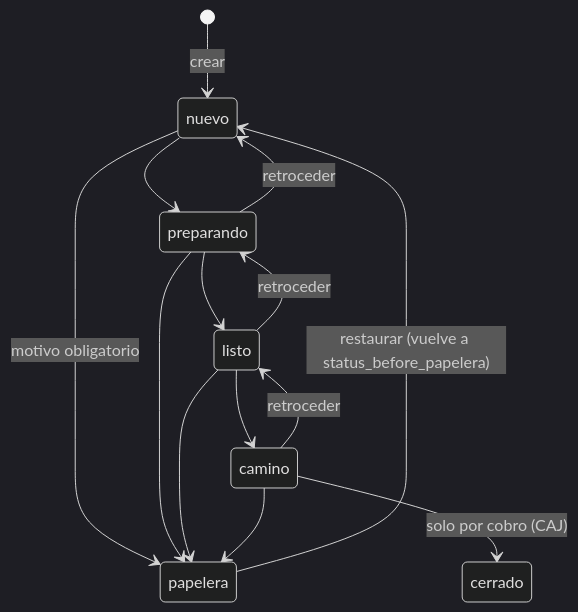
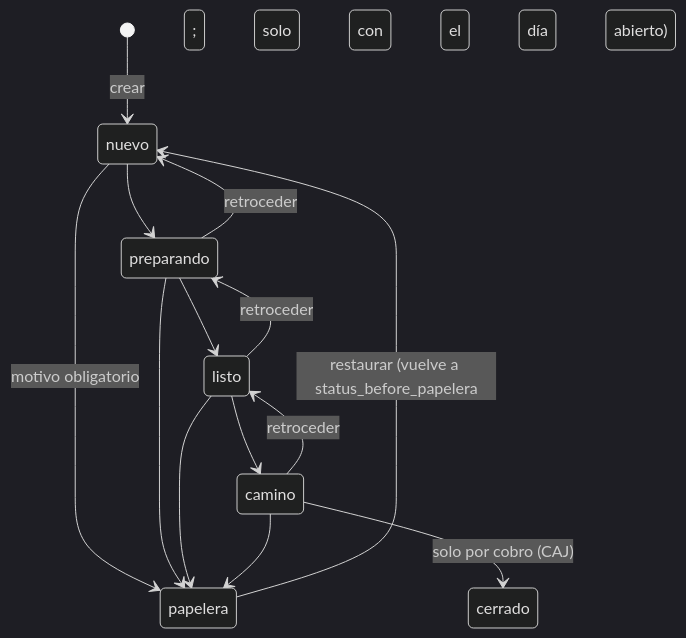
One commit to 4Client-org/4client changed the diagram in specs/modulos/ORD.md. Above: the diagram before and after it, drawn with Mermaid (dark theme). The commit also changed other lines of this file and 4 other files, not shown here.

````diff
--- a/specs/modulos/ORD.md
+++ b/specs/modulos/ORD.md
@@ -30,16 +30,16 @@
 ```mermaid
 stateDiagram-v2
     [*] --> nuevo: crear
     nuevo --> preparando
     preparando --> listo
     listo --> camino
     camino --> listo: retroceder
     listo --> preparando: retroceder
     preparando --> nuevo: retroceder
     nuevo --> papelera: motivo obligatorio
     preparando --> papelera
     listo --> papelera
     camino --> papelera
-    papelera --> nuevo: restaurar (vuelve a status_before_papelera)
+    papelera --> nuevo: restaurar (vuelve a status_before_papelera; solo con el día abierto)
     camino --> cerrado: solo por cobro (CAJ)
 ```
````
